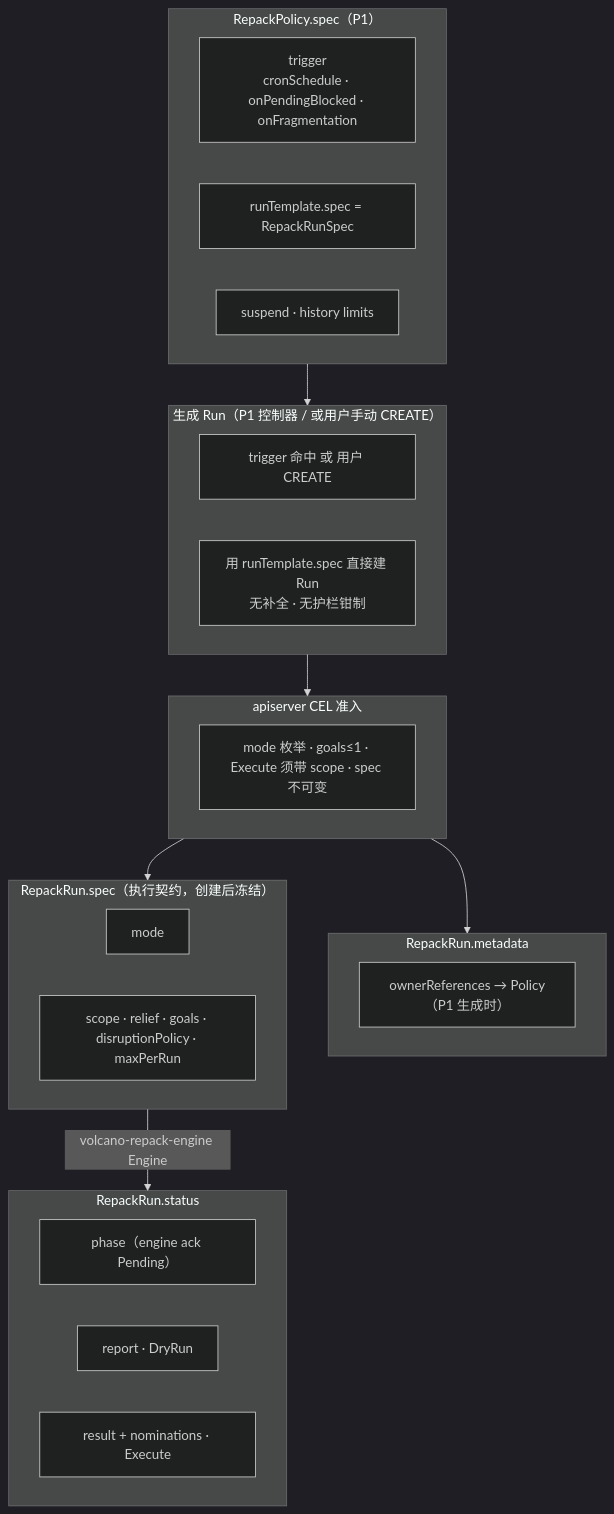
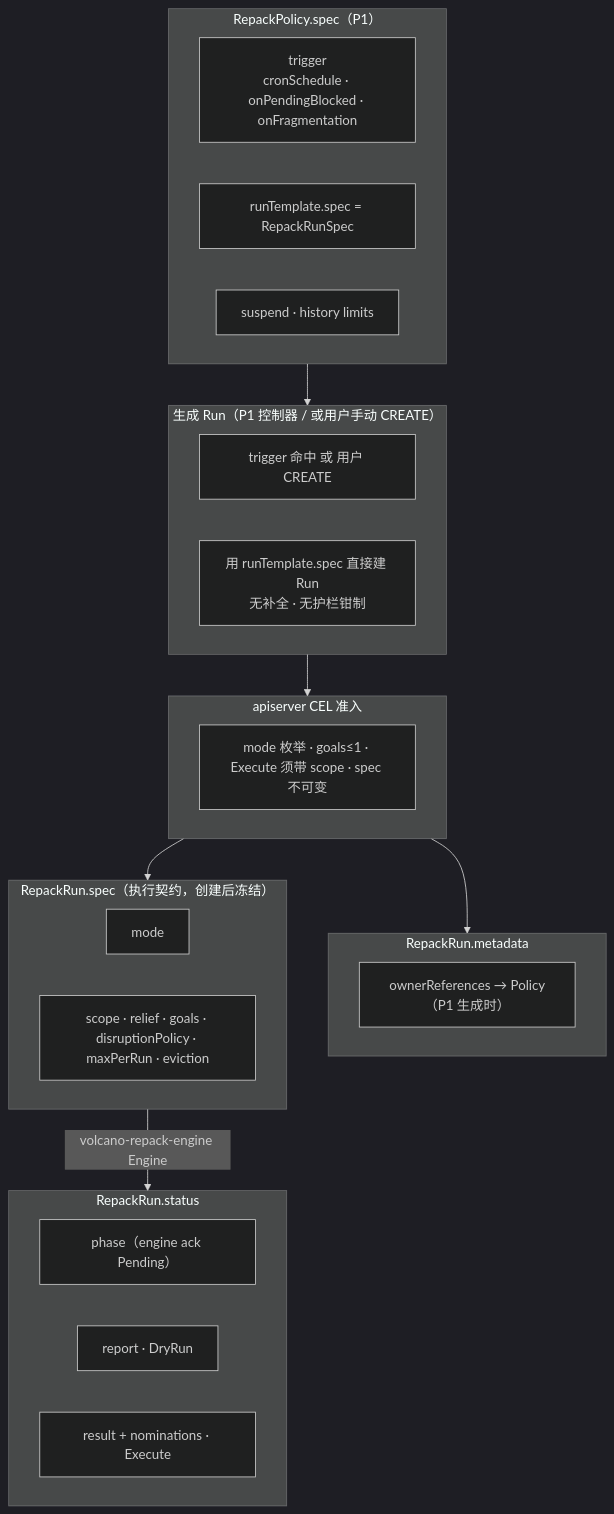
Diagram 18 of 21 in docs/design/repack-policy-design.md (wangyang0616/volcano), drawn with Mermaid (dark theme) before and after one commit. The commit also changed other lines of this file and 14 other files, not shown here.

````diff
--- a/docs/design/repack-policy-design.md
+++ b/docs/design/repack-policy-design.md
@@ -2777,38 +2779,38 @@
 ```mermaid
 flowchart TB
     subgraph PolicySpec["RepackPolicy.spec（P1）"]
         P1[trigger<br/>cronSchedule · onPendingBlocked · onFragmentation]
         P2[runTemplate.spec = RepackRunSpec]
         P3[suspend · history limits]
     end
 
     subgraph Gen["生成 Run（P1 控制器 / 或用户手动 CREATE）"]
         G1[trigger 命中 或 用户 CREATE]
         G2[用 runTemplate.spec 直接建 Run<br/>无补全 · 无护栏钳制]
     end
 
     subgraph CEL["apiserver CEL 准入"]
         A1[mode 枚举 · goals≤1 · Execute 须带 scope · spec 不可变]
     end
 
     subgraph RunMeta["RepackRun.metadata"]
         M1[ownerReferences → Policy（P1 生成时）]
     end
 
     subgraph RunSpec["RepackRun.spec（执行契约，创建后冻结）"]
         R1[mode]
-        R2[scope · relief · goals · disruptionPolicy · maxPerRun]
+        R2[scope · relief · goals · disruptionPolicy · maxPerRun · eviction]
     end
 
     subgraph RunStatus["RepackRun.status"]
         S1[phase（engine ack Pending）]
         S2[report · DryRun]
         S3[result + nominations · Execute]
     end
 
     PolicySpec --> Gen
     Gen --> CEL
     CEL --> RunMeta
     CEL --> RunSpec
     RunSpec -->|volcano-repack-engine Engine| RunStatus
 ```
````
